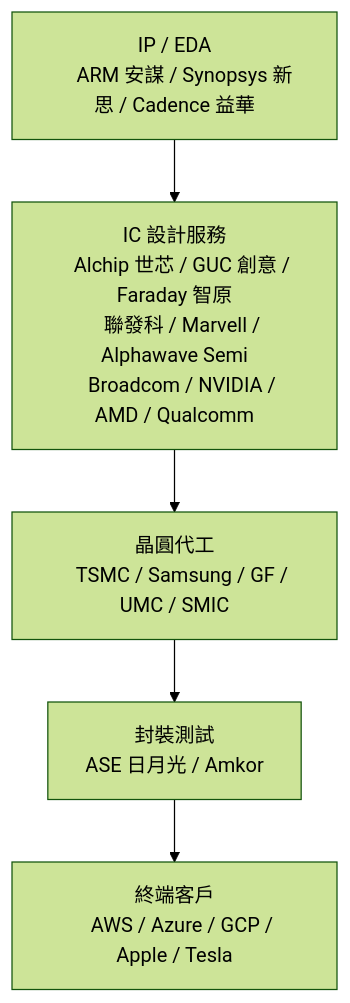
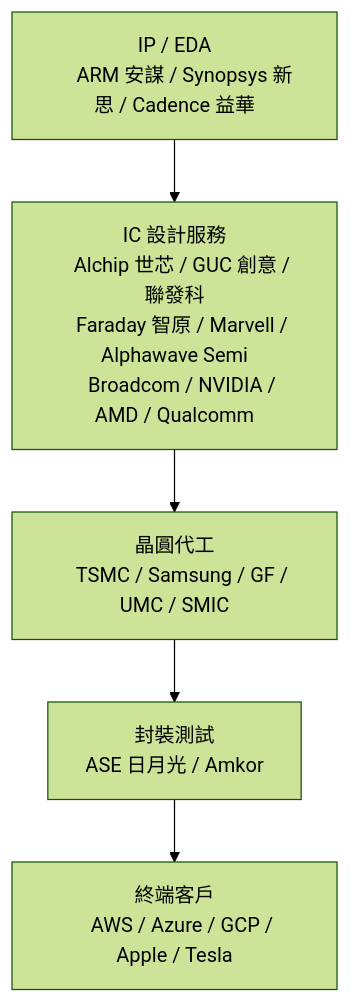
One commit to CiCicode/asic-compare changed the diagram in README.md. Above: the diagram before and after it, drawn with Mermaid (forest theme).

````diff
--- a/README.md
+++ b/README.md
@@ -13,17 +13,17 @@
 ```mermaid
 flowchart TD
     A["IP / EDA
     ARM 安謀 / Synopsys 新思 / Cadence 益華"]
     B["IC 設計服務
-    Alchip 世芯 / GUC 創意 / Faraday 智原
-    聯發科 / Marvell / Alphawave Semi
+    Alchip 世芯 / GUC 創意 / 聯發科
+    Faraday 智原 / Marvell / Alphawave Semi
     Broadcom / NVIDIA / AMD / Qualcomm"]
     C["晶圓代工
     TSMC / Samsung / GF / UMC / SMIC"]
     D["封裝測試
     ASE 日月光 / Amkor"]
     E["終端客戶
     AWS / Azure / GCP / Apple / Tesla"]
 
     A --> B --> C --> D --> E
 ```
````
